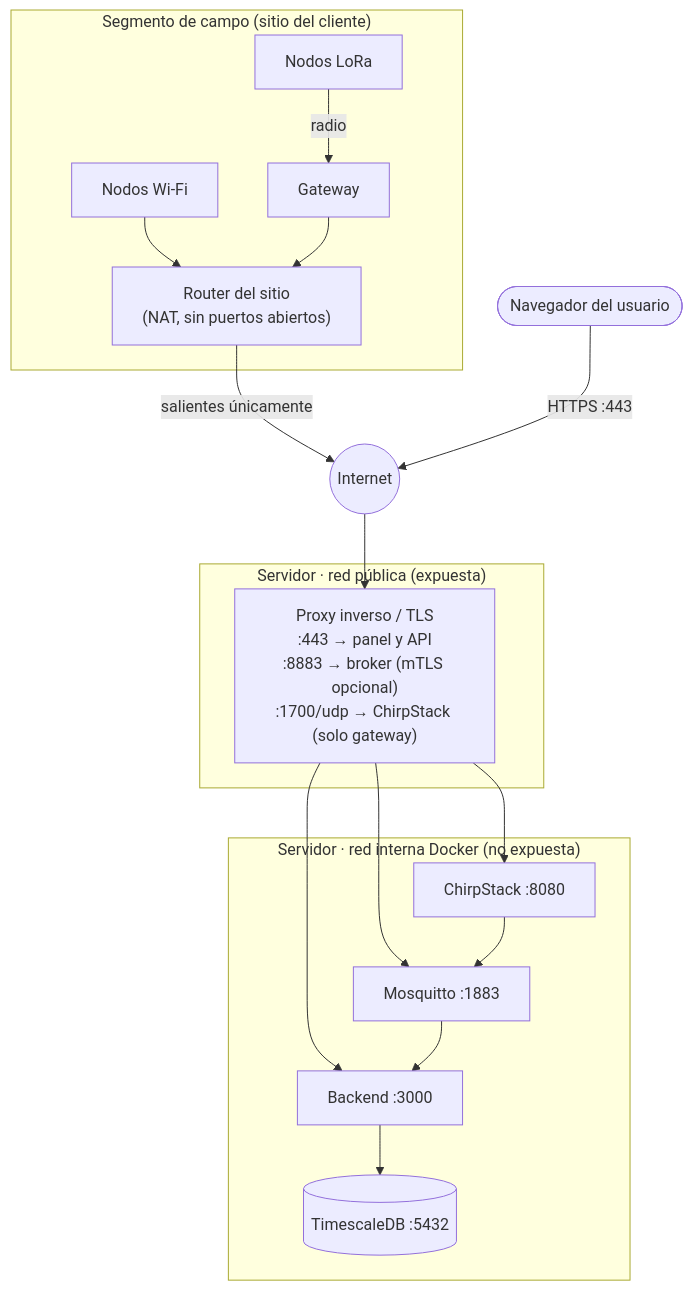
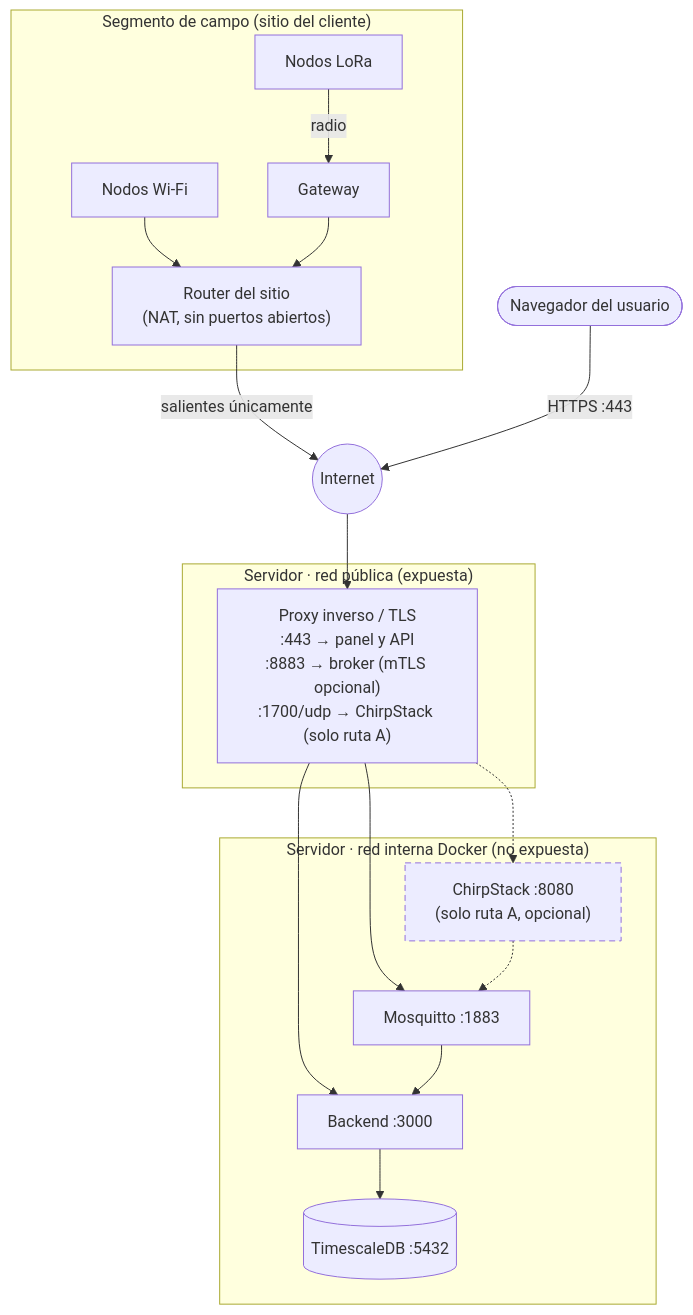
One commit to vicenterami/tesis changed the diagram in informe-oficial/figuras/mermaid/red.mmd. Above: the diagram before and after it, drawn with Mermaid. The commit also changed 25 other files, not shown here.

First line of the commit message:
Deja explícito en el informe y en las figuras que ChirpStack (ruta A) es opcional

```diff
--- a/informe-oficial/figuras/mermaid/red.mmd
+++ b/informe-oficial/figuras/mermaid/red.mmd
@@ -1,30 +1,32 @@
 flowchart TB
     subgraph CAMPO["Segmento de campo (sitio del cliente)"]
         S1["Nodos LoRa"] -- radio --> G["Gateway"]
         S2["Nodos Wi-Fi"] --> R["Router del sitio\n(NAT, sin puertos abiertos)"]
         G --> R
     end
 
     INET(("Internet"))
 
     subgraph DMZ["Servidor · red pública (expuesta)"]
-        RP["Proxy inverso / TLS\n:443 → panel y API\n:8883 → broker (mTLS opcional)\n:1700/udp → ChirpStack (solo gateway)"]
+        RP["Proxy inverso / TLS\n:443 → panel y API\n:8883 → broker (mTLS opcional)\n:1700/udp → ChirpStack (solo ruta A)"]
     end
 
     subgraph INT["Servidor · red interna Docker (no expuesta)"]
         MQ["Mosquitto :1883"]
-        CS["ChirpStack :8080"]
+        CS["ChirpStack :8080\n(solo ruta A, opcional)"]
         BE["Backend :3000"]
         DB[("TimescaleDB :5432")]
     end
 
     R -- "salientes únicamente" --> INET
     INET --> RP
     RP --> MQ
-    RP --> CS
+    RP -.-> CS
     RP --> BE
-    CS --> MQ
+    CS -.-> MQ
     MQ --> BE
     BE --> DB
 
     NAV(["Navegador del usuario"]) -- "HTTPS :443" --> INET
+    classDef opcional stroke-dasharray:6 4
+    class CS opcional
```
